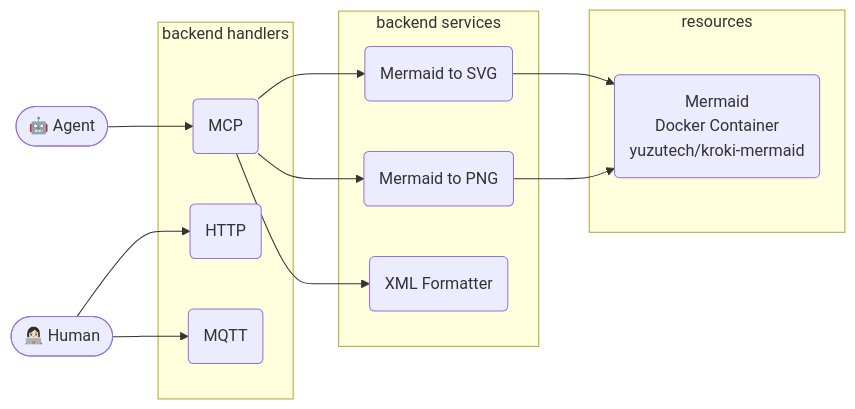
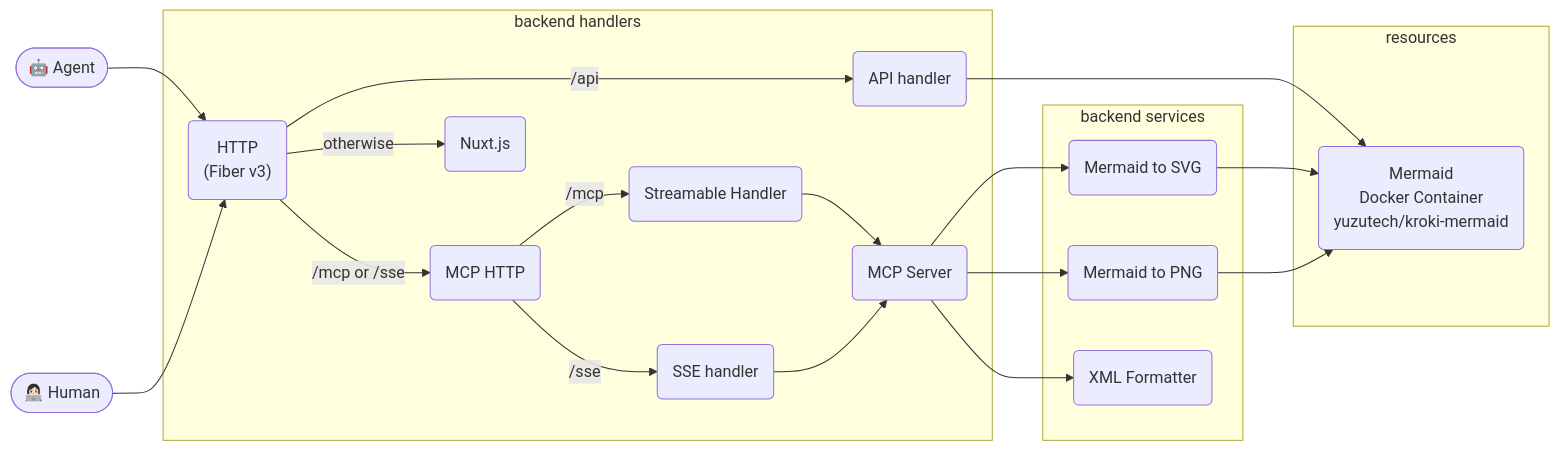
Before and after one commit to virus-warnning/agent_swings: the diagram in docs/SYS_ARCH.md, drawn with Mermaid.

````diff
--- a/docs/SYS_ARCH.md
+++ b/docs/SYS_ARCH.md
@@ -1,26 +1,37 @@
 ```mermaid
 flowchart LR
   A1([🤖 Agent])
   A2([👩🏻‍💻 Human])
 
   subgraph backend handlers
-    B1(MCP)
-    B2(HTTP)
-    B3(MQTT)
+    B1("HTTP<br>(Fiber v3)")
+    B2("API handler")
+    B3("MCP HTTP")
+    B4("Streamable Handler")
+    B5("SSE handler")
+    B6("MCP Server")
+    B7("Nuxt.js")
   end
 
   subgraph backend services
     C1(Mermaid to SVG)
     C2(Mermaid to PNG)
     C3(XML Formatter)
   end
 
   subgraph resources
     D1(Mermaid<br>Docker Container<br>yuzutech/kroki-mermaid)
   end
 
   A1 --> B1
-  A2 --> B2 & B3
-  B1 --> C1 & C2 & C3
+  A2 --> B1
+  B1 --> |/api| B2
+  B1 --> |/mcp or /sse| B3
+  B1 --> |otherwise| B7
+  B3 --> |/mcp| B4
+  B3 --> |/sse| B5
+  B4 & B5 --> B6
+  B6 --> C1 & C2 & C3
+  B2 --> D1
   C1 & C2 --> D1
 ```
````
